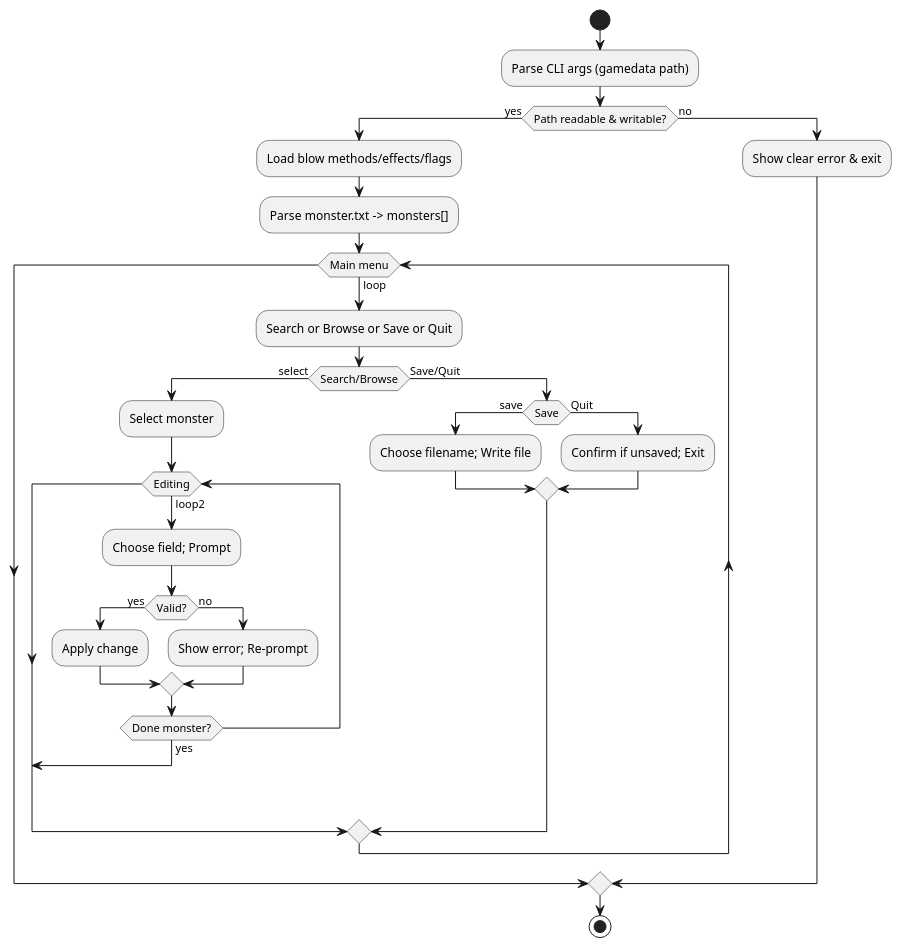
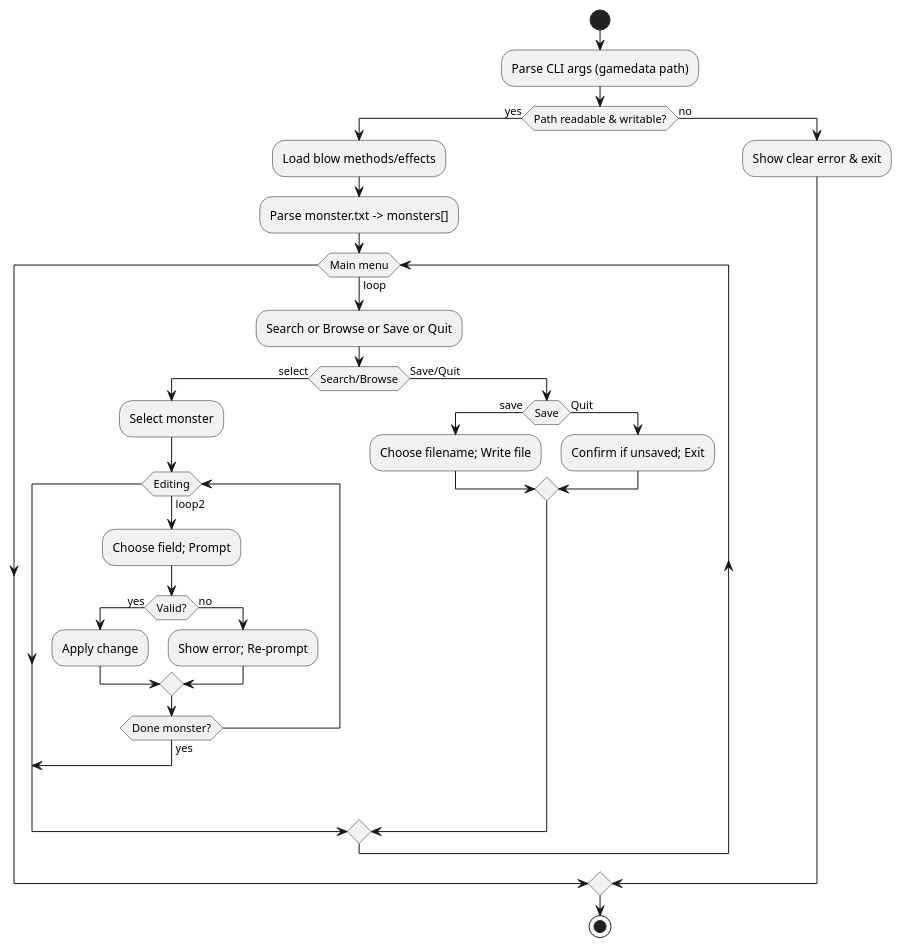
Before and after one commit to YashTakte/A05-MFE-Planning-and-Design-SE1: the second of 2 diagrams in README.md, drawn with PlantUML. The commit also changed other lines of this file, not shown here.

````diff
--- a/README.md
+++ b/README.md
@@ -102,36 +101,36 @@
 ```plantuml
 @startuml
 start
 :Parse CLI args (gamedata path);
 if (Path readable & writable?) then (yes)
-  :Load blow methods/effects/flags;
+  :Load blow methods/effects;
   :Parse monster.txt -> monsters[];
   while (Main menu) is (loop)
     :Search or Browse or Save or Quit;
     if (Search/Browse) then (select)
       :Select monster;
       while (Editing) is (loop2)
         :Choose field; Prompt;
         if (Valid?) then (yes)
           :Apply change;
         else (no)
           :Show error; Re-prompt;
         endif
         if (Done monster?) then (yes)
           break
         endif
       endwhile
     else (Save/Quit)
       if (Save) then (save)
         :Choose filename; Write file;
       else (Quit)
         :Confirm if unsaved; Exit;
       endif
     endif
   endwhile
 else (no)
   :Show clear error & exit;
 endif
 stop
 @enduml
 ```
````
